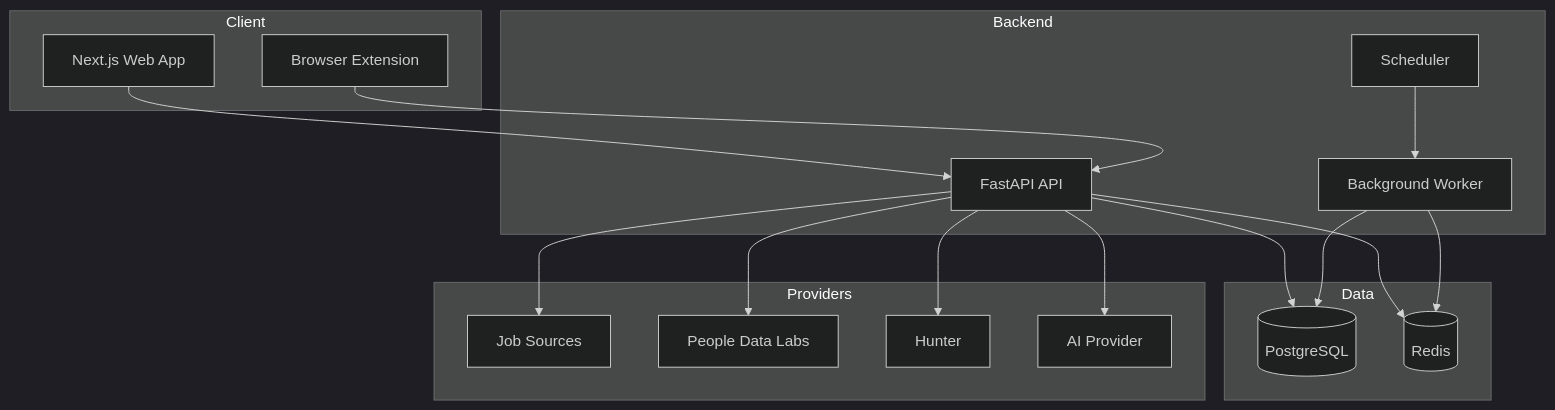
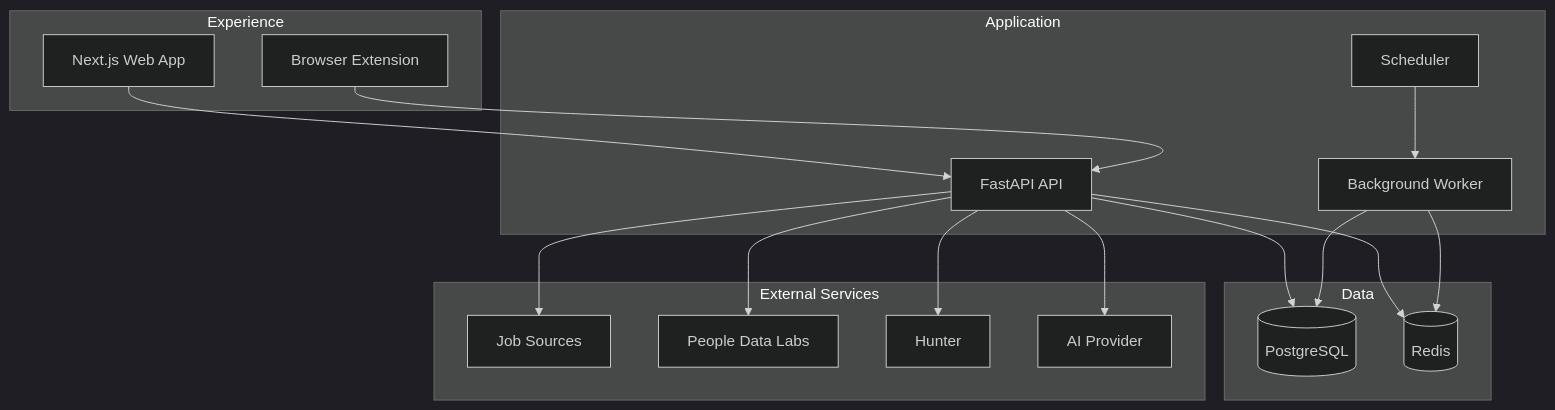
The third of 3 diagrams in README.md (cprakash64/JobPilot-AI), drawn with Mermaid (dark theme) before and after one commit. The commit also changed other lines of this file, not shown here.

````diff
--- a/README.md
+++ b/README.md
@@ -169,37 +317,40 @@
 ```mermaid
 flowchart TB
-    subgraph Client
+    subgraph Experience
         WEB[Next.js Web App]
         EXT[Browser Extension]
     end
 
-    subgraph Backend
+    subgraph Application
         API[FastAPI API]
         WORKER[Background Worker]
         SCHEDULER[Scheduler]
     end
 
     subgraph Data
         POSTGRES[(PostgreSQL)]
         REDIS[(Redis)]
     end
 
-    subgraph Providers
+    subgraph External Services
         JOBS[Job Sources]
         PDL[People Data Labs]
         HUNTER[Hunter]
         AI[AI Provider]
     end
 
     WEB --> API
     EXT --> API
+
     API --> POSTGRES
     API --> REDIS
+
     WORKER --> POSTGRES
     WORKER --> REDIS
     SCHEDULER --> WORKER
+
     API --> JOBS
     API --> PDL
     API --> HUNTER
     API --> AI
 ```
````
